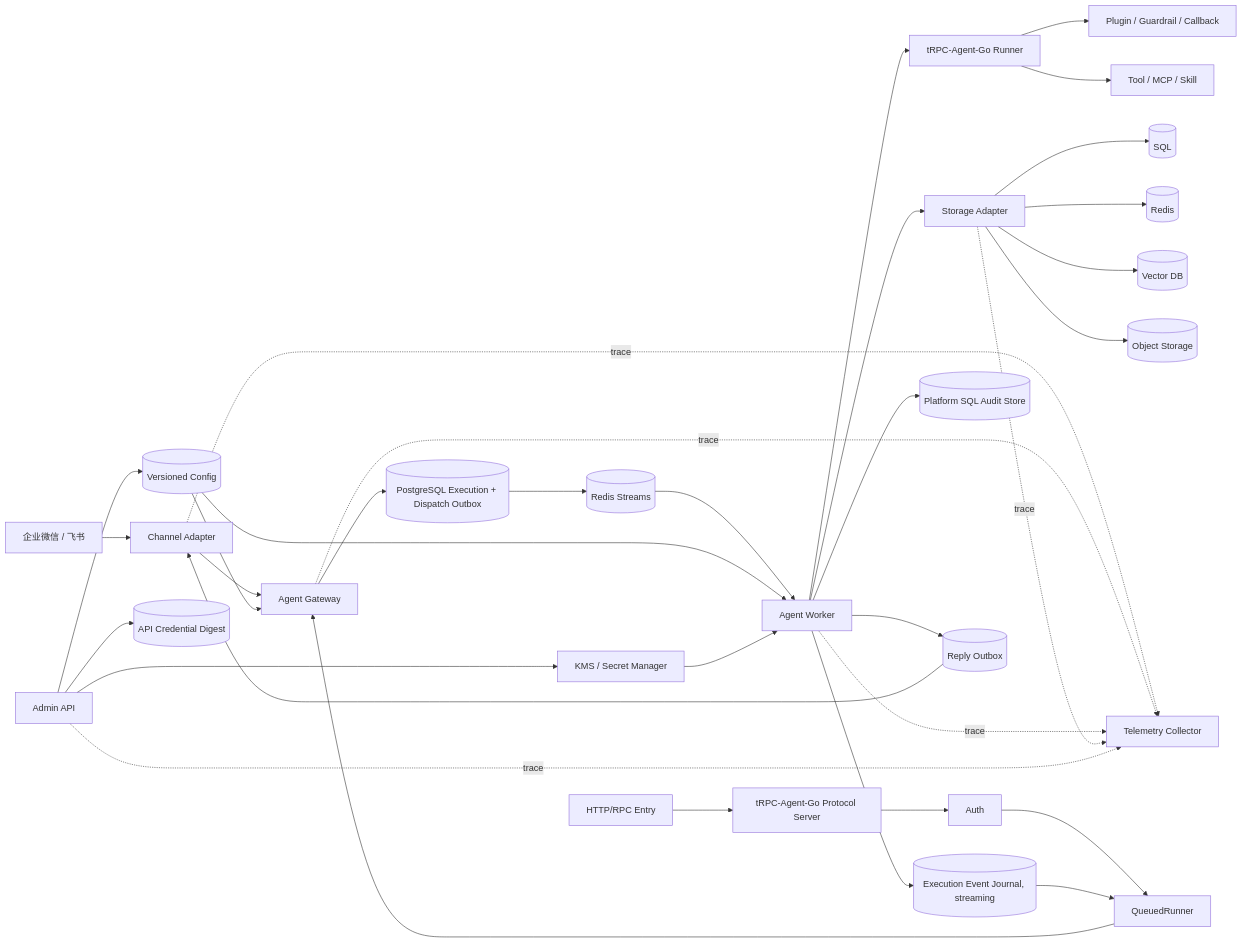
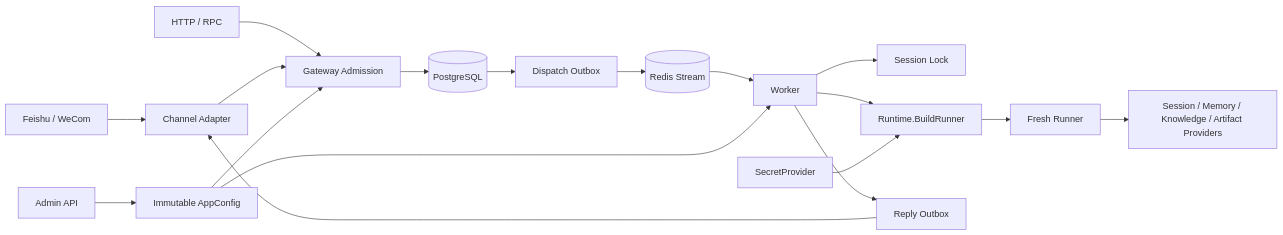
One commit to Yukua1/trpc-agent-service changed the diagram in docs/deliverables/system-architecture.md. Above: the diagram before and after it, drawn with Mermaid. The commit also changed other lines of this file and 90 other files, not shown here.

````diff
--- a/docs/deliverables/system-architecture.md
+++ b/docs/deliverables/system-architecture.md
@@ -5,36 +5,20 @@
 ```mermaid
 flowchart LR
-    IM[企业微信 / 飞书] --> CA[Channel Adapter]
-    API[HTTP/RPC Entry] --> PS[tRPC-Agent-Go Protocol Server]
-    PS --> AU[Auth]
-    AU --> QR[QueuedRunner]
-    QR --> GW[Agent Gateway]
+    IM[Feishu / WeCom] --> CA[Channel Adapter]
+    API[HTTP / RPC] --> GW[Gateway Admission]
     CA --> GW
-    GW --> Q[(PostgreSQL Execution + Dispatch Outbox)]
-    Q --> RS[(Redis Streams)]
-    RS --> WK[Agent Worker]
-    WK --> R[tRPC-Agent-Go Runner]
-    R --> PG[Plugin / Guardrail / Callback]
-    R --> TOOL[Tool / MCP / Skill]
-    WK --> SA[Storage Adapter]
-    SA --> SQL[(SQL)]
-    SA --> REDIS[(Redis)]
-    SA --> VEC[(Vector DB)]
-    SA --> OBJ[(Object Storage)]
-    WK --> AUD[(Platform SQL Audit Store)]
-    WK --> EJ[(Execution Event Journal, streaming)]
-    EJ --> QR
-    WK --> RO[(Reply Outbox)]
-    RO --> CA
-    AD[Admin API] --> CFG[(Versioned Config)]
-    AD --> CRED[(API Credential Digest)]
-    AD --> KMS[KMS / Secret Manager]
+    GW --> SQL[(PostgreSQL)]
+    SQL --> RO[Dispatch Outbox]
+    RO --> RS[(Redis Stream)]
+    RS --> WK[Worker]
+    WK --> SL[Session Lock]
+    WK --> RT[Runtime.BuildRunner]
+    RT --> R[Fresh Runner]
+    R --> SP[Session / Memory / Knowledge / Artifact Providers]
+    WK --> REP[Reply Outbox]
+    REP --> CA
+    AD[Admin API] --> CFG[Immutable AppConfig]
     CFG --> GW
     CFG --> WK
-    KMS --> WK
-    CA -. trace .-> OT[Telemetry Collector]
-    GW -. trace .-> OT
-    WK -. trace .-> OT
-    SA -. trace .-> OT
-    AD -. trace .-> OT
+    KMS[SecretProvider] --> RT
 ```
````
